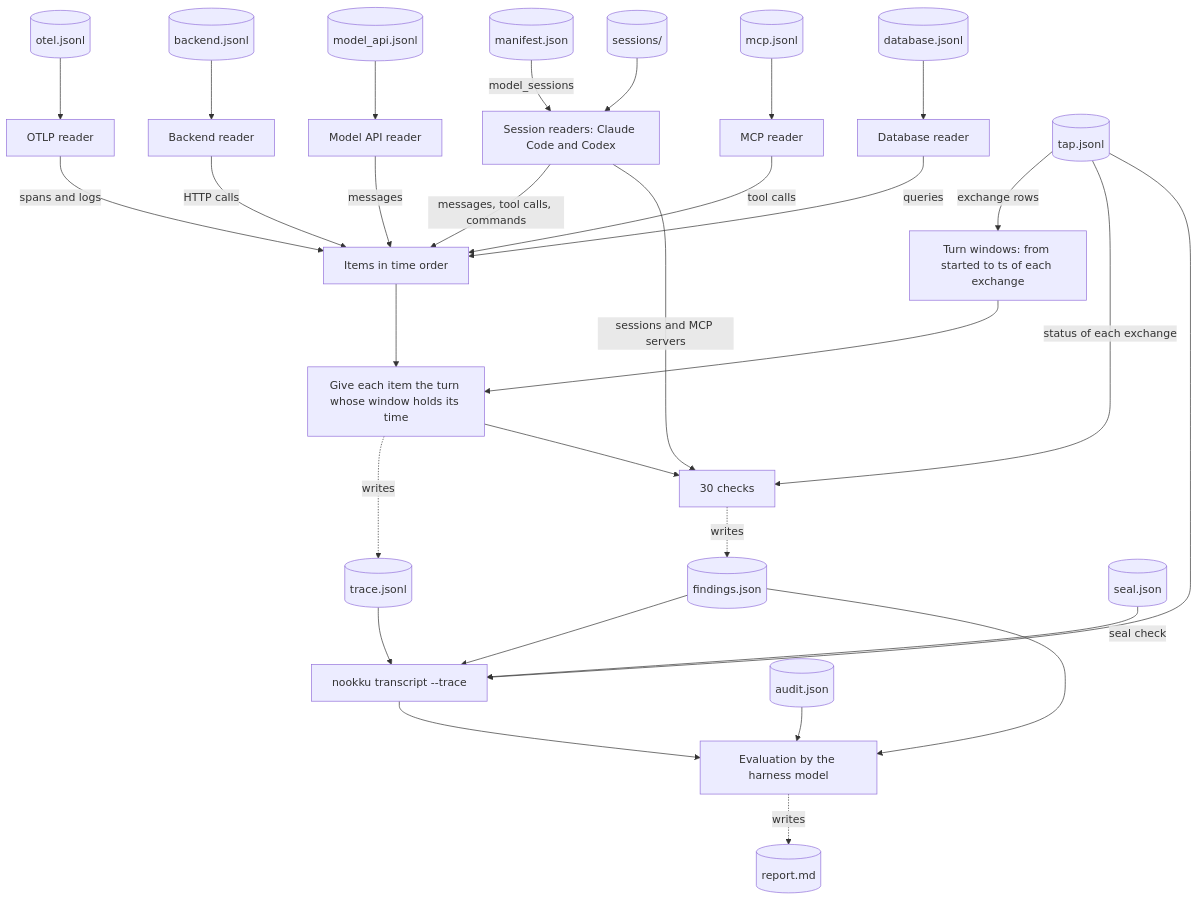
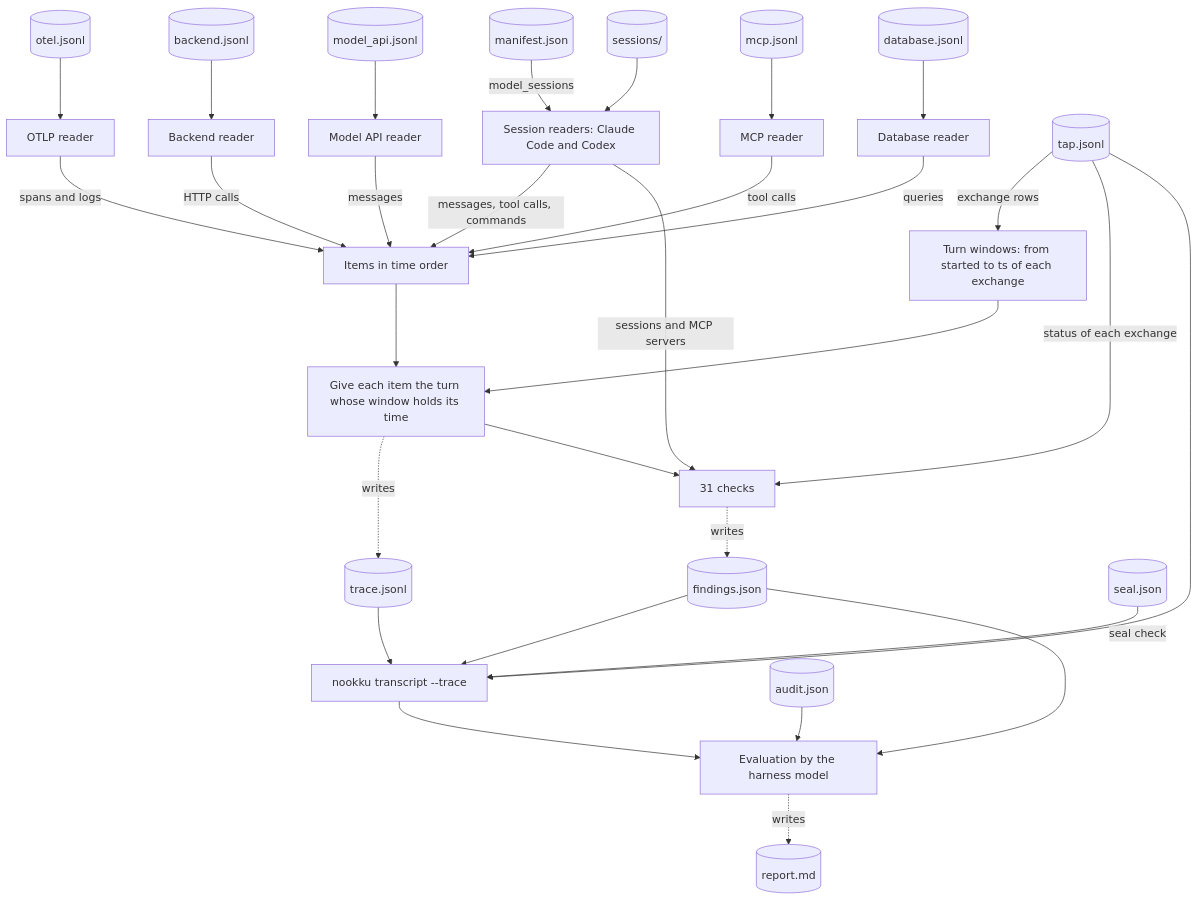
One commit to mohanraj00/nookku changed the fourth of 4 diagrams in docs/architecture.md. Above: the diagram before and after it, drawn with Mermaid. The commit also changed other lines of this file and 105 other files, not shown here.

````diff
--- a/docs/architecture.md
+++ b/docs/architecture.md
@@ -213,32 +213,32 @@
 ```mermaid
 flowchart TB
     manifestrec[(manifest.json)] -->|model_sessions| sreaders[Session readers: Claude Code and Codex]
     sessions[(sessions/)] --> sreaders
     otelrec[(otel.jsonl)] --> oreader[OTLP reader]
     backendrec[(backend.jsonl)] --> breader[Backend reader]
     modelrec[(model_api.jsonl)] --> mreader[Model API reader]
     mcprec[(mcp.jsonl)] --> mcpreader[MCP reader]
     dbrec[(database.jsonl)] --> dbreader[Database reader]
     sreaders -->|messages, tool calls, commands| items[Items in time order]
     oreader -->|spans and logs| items
     breader -->|HTTP calls| items
     mreader -->|messages| items
     mcpreader -->|tool calls| items
     dbreader -->|queries| items
     taprec[(tap.jsonl)] -->|exchange rows| windows[Turn windows: from started to ts of each exchange]
     items --> assign[Give each item the turn whose window holds its time]
     windows --> assign
     assign -.->|writes| tracerec[(trace.jsonl)]
-    assign --> checks[30 checks]
+    assign --> checks[31 checks]
     sreaders -->|sessions and MCP servers| checks
     taprec -->|status of each exchange| checks
     checks -.->|writes| findingsrec[(findings.json)]
     taprec --> transcript[nookku transcript --trace]
     tracerec --> transcript
     findingsrec --> transcript
     sealrec[(seal.json)] -->|seal check| transcript
     transcript --> eval[Evaluation by the harness model]
     findingsrec --> eval
     auditrec[(audit.json)] --> eval
     eval -.->|writes| report[(report.md)]
 ```
````
